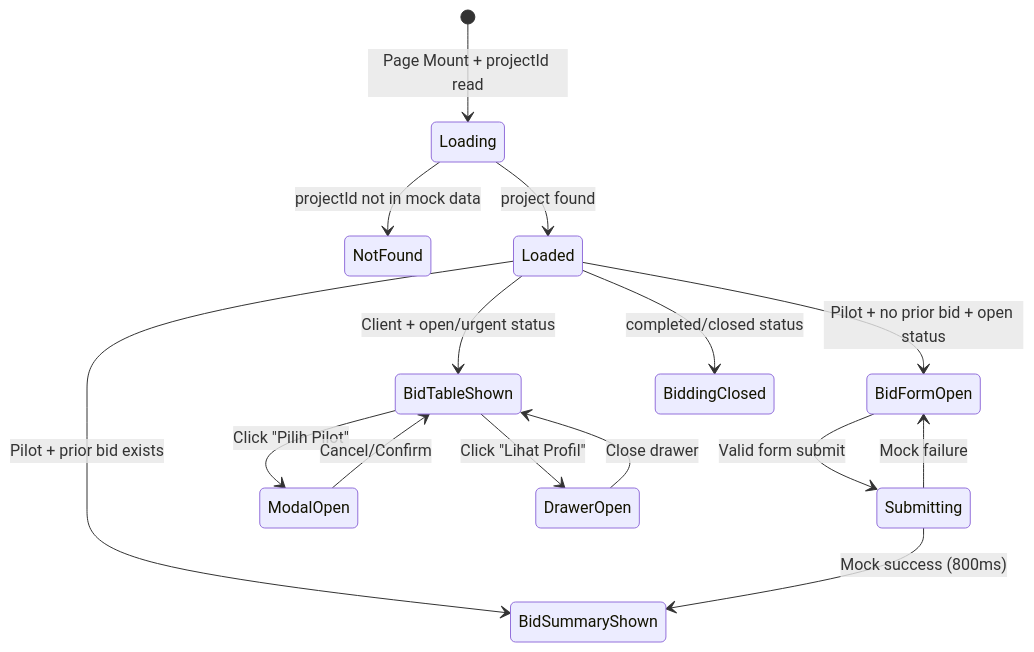
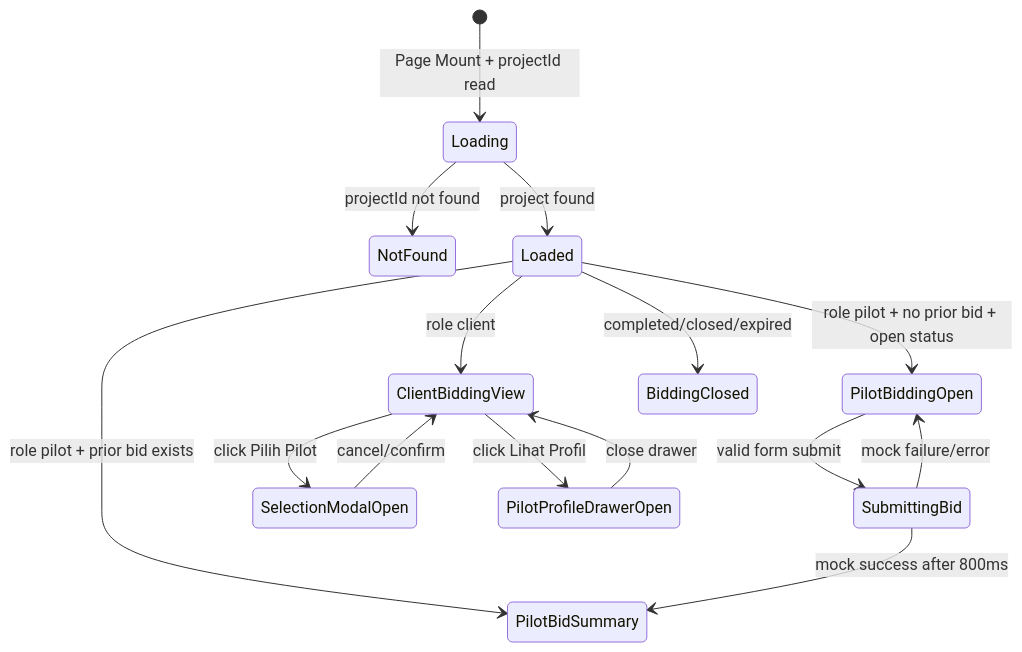
Before and after one commit to heyimflh/SIAGA-WEB: the third of 3 diagrams in .kiro/specs/project-detail-page/design.md, drawn with Mermaid. The commit also changed other lines of this file and 16 other files, not shown here.

Commit message:
deploy: ready for production - full page integration, sidebar features, settings, bidding, asset map, project list

````diff
--- a/.kiro/specs/project-detail-page/design.md
+++ b/.kiro/specs/project-detail-page/design.md
@@ -110,21 +352,21 @@
 ```mermaid
 stateDiagram-v2
     [*] --> Loading: Page Mount + projectId read
-    Loading --> NotFound: projectId not in mock data
+    Loading --> NotFound: projectId not found
     Loading --> Loaded: project found
 
-    Loaded --> BidFormOpen: Pilot + no prior bid + open status
-    Loaded --> BidSummaryShown: Pilot + prior bid exists
-    Loaded --> BidTableShown: Client + open/urgent status
-    Loaded --> BiddingClosed: completed/closed status
+    Loaded --> ClientBiddingView: role client
+    Loaded --> PilotBiddingOpen: role pilot + no prior bid + open status
+    Loaded --> PilotBidSummary: role pilot + prior bid exists
+    Loaded --> BiddingClosed: completed/closed/expired
 
-    BidFormOpen --> Submitting: Valid form submit
-    Submitting --> BidSummaryShown: Mock success (800ms)
-    Submitting --> BidFormOpen: Mock failure
+    PilotBiddingOpen --> SubmittingBid: valid form submit
+    SubmittingBid --> PilotBidSummary: mock success after 800ms
+    SubmittingBid --> PilotBiddingOpen: mock failure/error
 
-    BidTableShown --> ModalOpen: Click "Pilih Pilot"
-    ModalOpen --> BidTableShown: Cancel/Confirm
-    BidTableShown --> DrawerOpen: Click "Lihat Profil"
-    DrawerOpen --> BidTableShown: Close drawer
+    ClientBiddingView --> SelectionModalOpen: click Pilih Pilot
+    SelectionModalOpen --> ClientBiddingView: cancel/confirm
 
+    ClientBiddingView --> PilotProfileDrawerOpen: click Lihat Profil
+    PilotProfileDrawerOpen --> ClientBiddingView: close drawer
 ```
````
